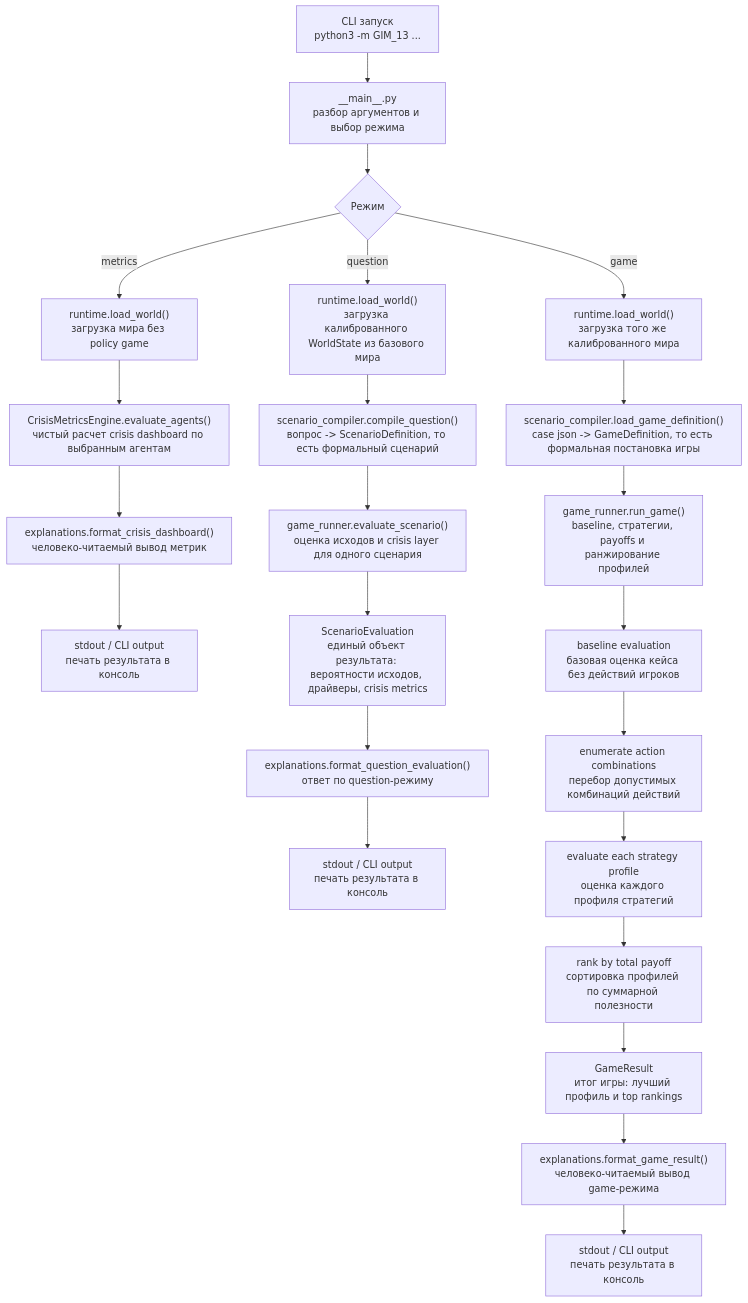
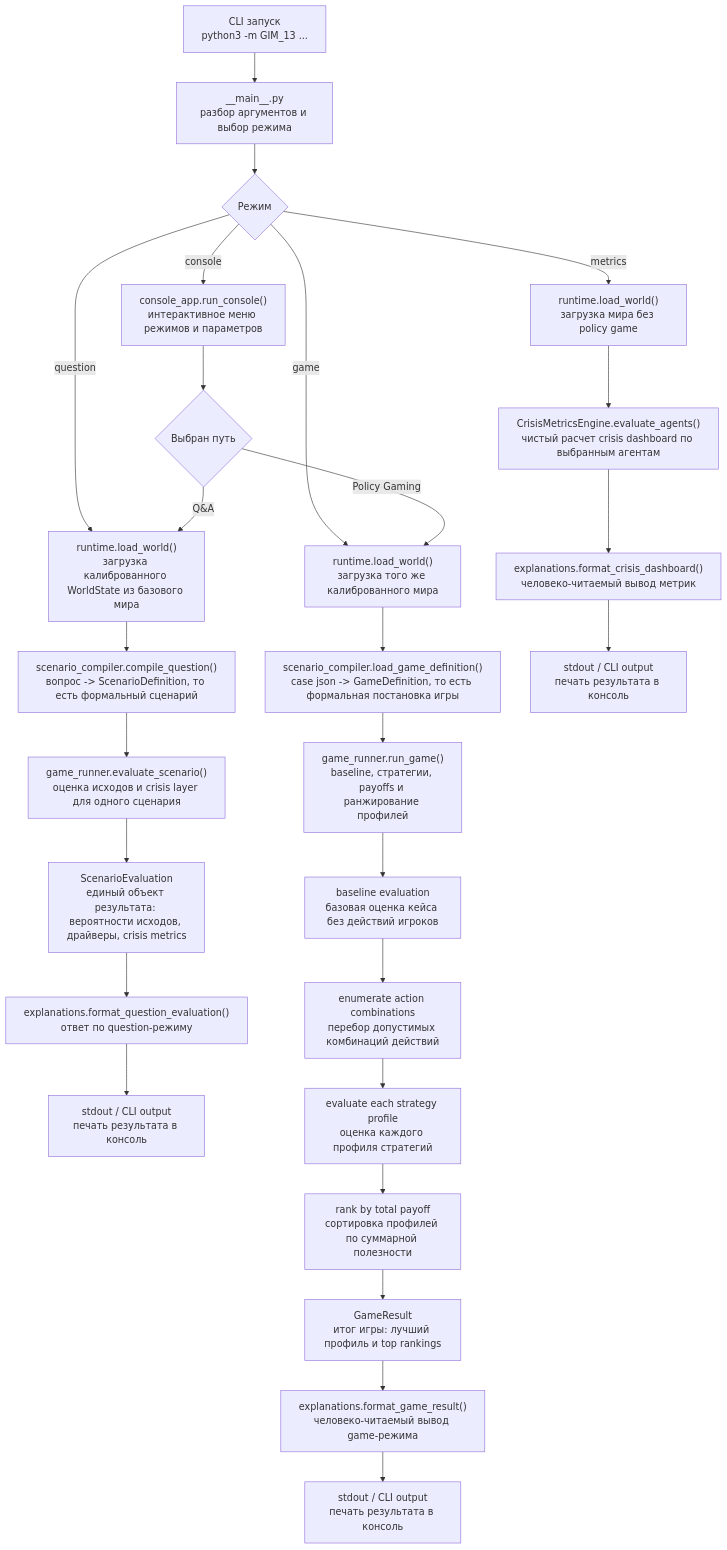
One commit to Theclimateguy/GIM changed the second of 4 diagrams in GIM13_simulation_flow.md. Above: the diagram before and after it, drawn with Mermaid. The commit also changed 24 other files, not shown here.

````diff
--- a/GIM13_simulation_flow.md
+++ b/GIM13_simulation_flow.md
@@ -49,30 +49,35 @@
 ```mermaid
 flowchart TD
     A["CLI запуск<br/>python3 -m GIM_13 ..."] --> B["__main__.py<br/>разбор аргументов и выбор режима"]
     B --> C{"Режим"}
 
     C -->|question| D["runtime.load_world()<br/>загрузка калиброванного WorldState из базового мира"]
     D --> E["scenario_compiler.compile_question()<br/>вопрос -> ScenarioDefinition, то есть формальный сценарий"]
     E --> F["game_runner.evaluate_scenario()<br/>оценка исходов и crisis layer для одного сценария"]
 
     C -->|game| G["runtime.load_world()<br/>загрузка того же калиброванного мира"]
     G --> H["scenario_compiler.load_game_definition()<br/>case json -> GameDefinition, то есть формальная постановка игры"]
     H --> I["game_runner.run_game()<br/>baseline, стратегии, payoffs и ранжирование профилей"]
 
     C -->|metrics| J["runtime.load_world()<br/>загрузка мира без policy game"]
     J --> K["CrisisMetricsEngine.evaluate_agents()<br/>чистый расчет crisis dashboard по выбранным агентам"]
     K --> L["explanations.format_crisis_dashboard()<br/>человеко-читаемый вывод метрик"]
     L --> M["stdout / CLI output<br/>печать результата в консоль"]
 
+    C -->|console| X["console_app.run_console()<br/>интерактивное меню режимов и параметров"]
+    X --> Y{"Выбран путь"}
+    Y -->|Q&A| D
+    Y -->|Policy Gaming| G
+
     F --> N["ScenarioEvaluation<br/>единый объект результата: вероятности исходов, драйверы, crisis metrics"]
     N --> O["explanations.format_question_evaluation()<br/>ответ по question-режиму"]
     O --> P["stdout / CLI output<br/>печать результата в консоль"]
 
     I --> Q["baseline evaluation<br/>базовая оценка кейса без действий игроков"]
     Q --> R["enumerate action combinations<br/>перебор допустимых комбинаций действий"]
     R --> S["evaluate each strategy profile<br/>оценка каждого профиля стратегий"]
     S --> T["rank by total payoff<br/>сортировка профилей по суммарной полезности"]
     T --> U["GameResult<br/>итог игры: лучший профиль и top rankings"]
     U --> V["explanations.format_game_result()<br/>человеко-читаемый вывод game-режима"]
     V --> W["stdout / CLI output<br/>печать результата в консоль"]
 ```
````
